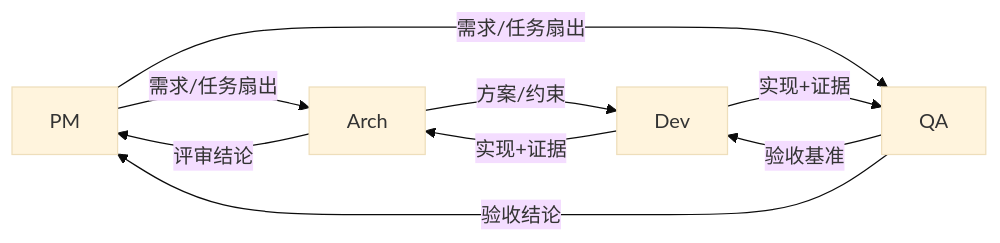
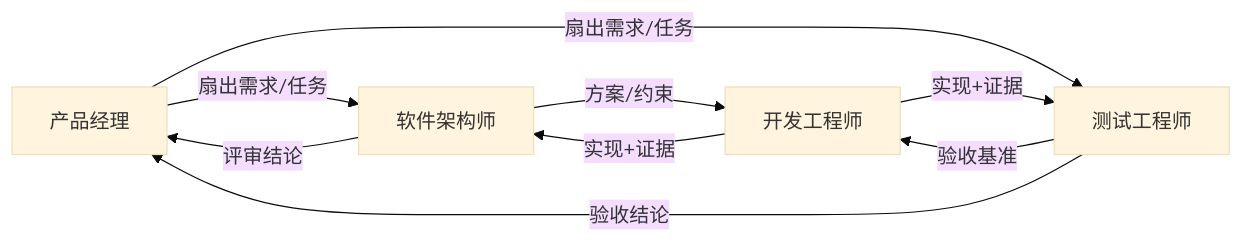
Before and after one commit to icylight/pi-tavern: the second of 6 diagrams in README.md, drawn with Mermaid (base theme). The commit also changed other lines of this file and 1 other file, not shown here.

Commit message:
docs(readme): 团队示例角色职位化——5 列表拆「角色（谁参与）/协作流程（谁做什么）」+ Mermaid 节点改具体职位（产品经理/事故负责人/SRE/安全架构师/分诊员等，中英一致，User 指示）

````diff
--- a/README.md
+++ b/README.md
@@ -72,9 +72,9 @@
 ```mermaid
 flowchart LR
-    PM["PM"] -->|"需求/任务扇出"| AR["Arch"] & QA["QA"]
-    AR -->|"方案/约束"| DV["Dev"]
-    QA -->|"验收基准"| DV
-    DV -->|"实现+证据"| AR & QA
+    PM["产品经理"] -->|"扇出需求/任务"| AR["软件架构师"] & TE["测试工程师"]
+    AR -->|"方案/约束"| DV["开发工程师"]
+    TE -->|"验收基准"| DV
+    DV -->|"实现+证据"| AR & TE
     AR -->|"评审结论"| PM
-    QA -->|"验收结论"| PM
+    TE -->|"验收结论"| PM
 ```
````
